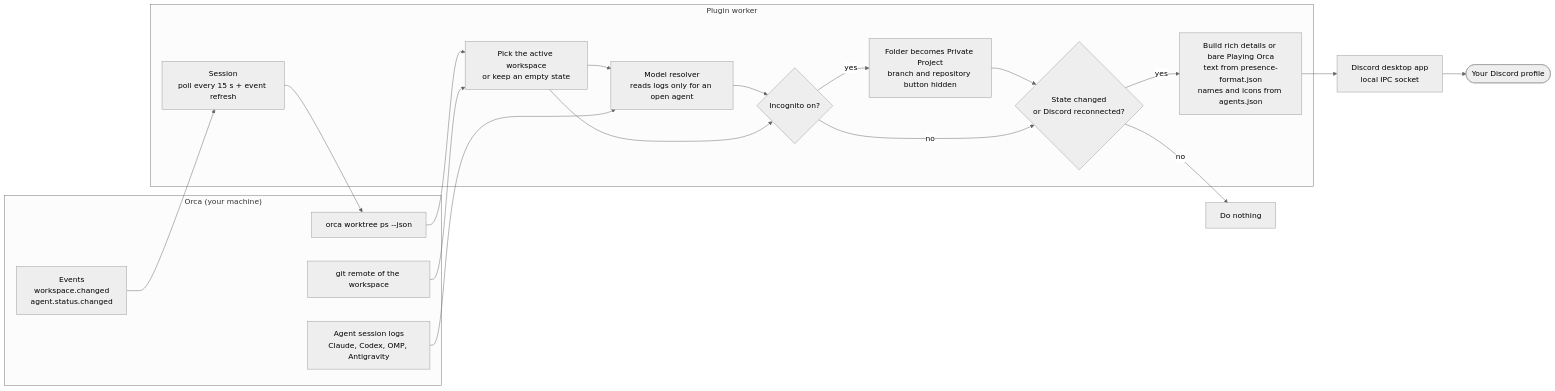
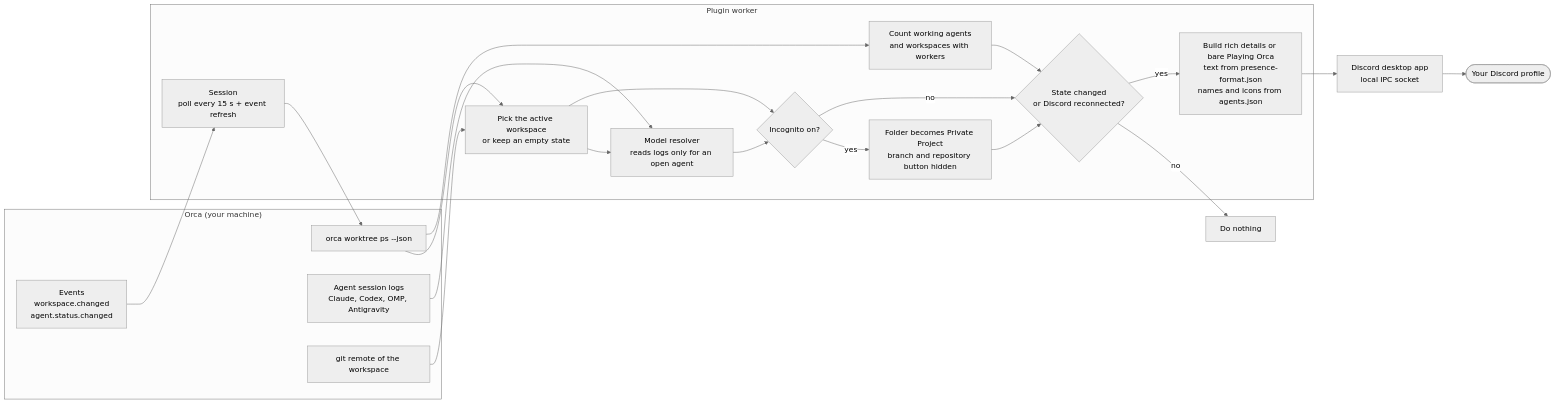
The first of 2 diagrams in README.md (meryzennn/orca-discord-rpc), drawn with Mermaid (neutral theme) before and after one commit. The commit also changed other lines of this file and 1 other file, not shown here.

Commit message:
docs: explain global activity counts and selected workspace details

````diff
--- a/README.md
+++ b/README.md
@@ -65,34 +65,37 @@
 ```mermaid
 flowchart LR
   subgraph ORCA["Orca (your machine)"]
     EV["Events<br/>workspace.changed<br/>agent.status.changed"]
     CLI["orca worktree ps --json"]
     LOGS["Agent session logs<br/>Claude, Codex, OMP, Antigravity"]
     GIT["git remote of the workspace"]
   end
 
   subgraph PLUGIN["Plugin worker"]
     SESSION["Session<br/>poll every 15 s + event refresh"]
     STATE["Pick the active workspace<br/>or keep an empty state"]
+    COUNTS["Count working agents<br/>and workspaces with workers"]
     MODEL["Model resolver<br/>reads logs only for an open agent"]
     PRIV{"Incognito on?"}
     HIDE["Folder becomes Private Project<br/>branch and repository button hidden"]
     DEDUP{"State changed<br/>or Discord reconnected?"}
     BUILD["Build rich details or bare Playing Orca<br/>text from presence-format.json<br/>names and icons from agents.json"]
   end
 
   DISCORD["Discord desktop app<br/>local IPC socket"]
   PROFILE(["Your Discord profile"])
 
   EV --> SESSION
   SESSION --> CLI --> STATE
+  CLI --> COUNTS
   STATE --> MODEL
   LOGS --> MODEL
   GIT --> STATE
   MODEL --> PRIV
   STATE --> PRIV
   PRIV -- yes --> HIDE --> DEDUP
   PRIV -- no --> DEDUP
+  COUNTS --> DEDUP
   DEDUP -- no --> SKIP["Do nothing"]
   DEDUP -- yes --> BUILD --> DISCORD --> PROFILE
 ```
````
